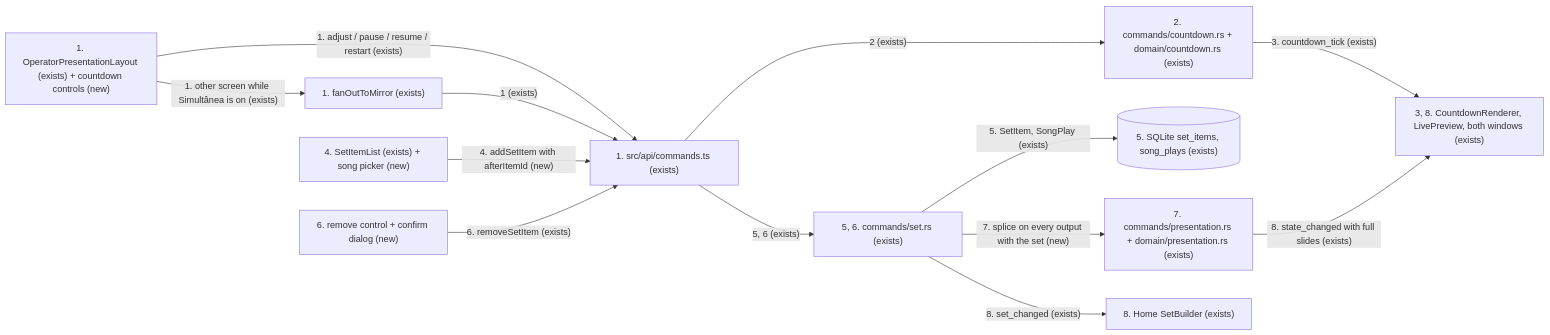
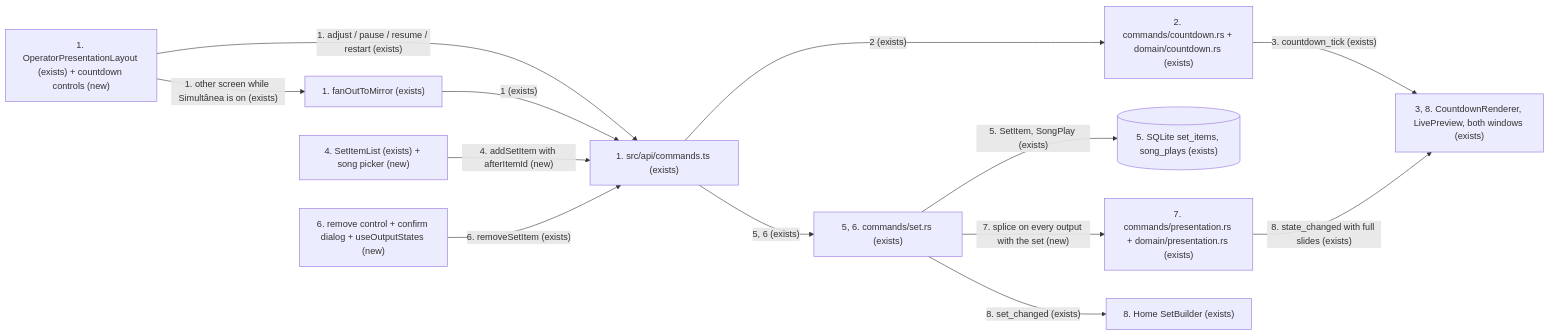
Before and after one commit to Vinnissaum/lyrizzy: the first of 3 diagrams in .specs/features/phase21-live-countdown-setlist/plan.md, drawn with Mermaid. The commit also changed other lines of this file and 15 other files, not shown here.

````diff
--- a/.specs/features/phase21-live-countdown-setlist/plan.md
+++ b/.specs/features/phase21-live-countdown-setlist/plan.md
@@ -49,26 +49,26 @@
 ```mermaid
 flowchart LR
     OP["1. OperatorPresentationLayout (exists) + countdown controls (new)"]
     API["1. src/api/commands.ts (exists)"]
     MIR["1. fanOutToMirror (exists)"]
     CD["2. commands/countdown.rs + domain/countdown.rs (exists)"]
     WIN["3, 8. CountdownRenderer, LivePreview, both windows (exists)"]
     SL["4. SetItemList (exists) + song picker (new)"]
-    RM["6. remove control + confirm dialog (new)"]
+    RM["6. remove control + confirm dialog + useOutputStates (new)"]
     SET["5, 6. commands/set.rs (exists)"]
     DB[("5. SQLite set_items, song_plays (exists)")]
     PR["7. commands/presentation.rs + domain/presentation.rs (exists)"]
     HOME["8. Home SetBuilder (exists)"]
     OP -->|"1. adjust / pause / resume / restart (exists)"| API
     OP -->|"1. other screen while Simultânea is on (exists)"| MIR
     MIR -->|"1 (exists)"| API
     API -->|"2 (exists)"| CD
     CD -->|"3. countdown_tick (exists)"| WIN
     SL -->|"4. addSetItem with afterItemId (new)"| API
     RM -->|"6. removeSetItem (exists)"| API
     API -->|"5, 6 (exists)"| SET
     SET -->|"5. SetItem, SongPlay (exists)"| DB
     SET -->|"7. splice on every output with the set (new)"| PR
     PR -->|"8. state_changed with full slides (exists)"| WIN
     SET -->|"8. set_changed (exists)"| HOME
 ```
````
